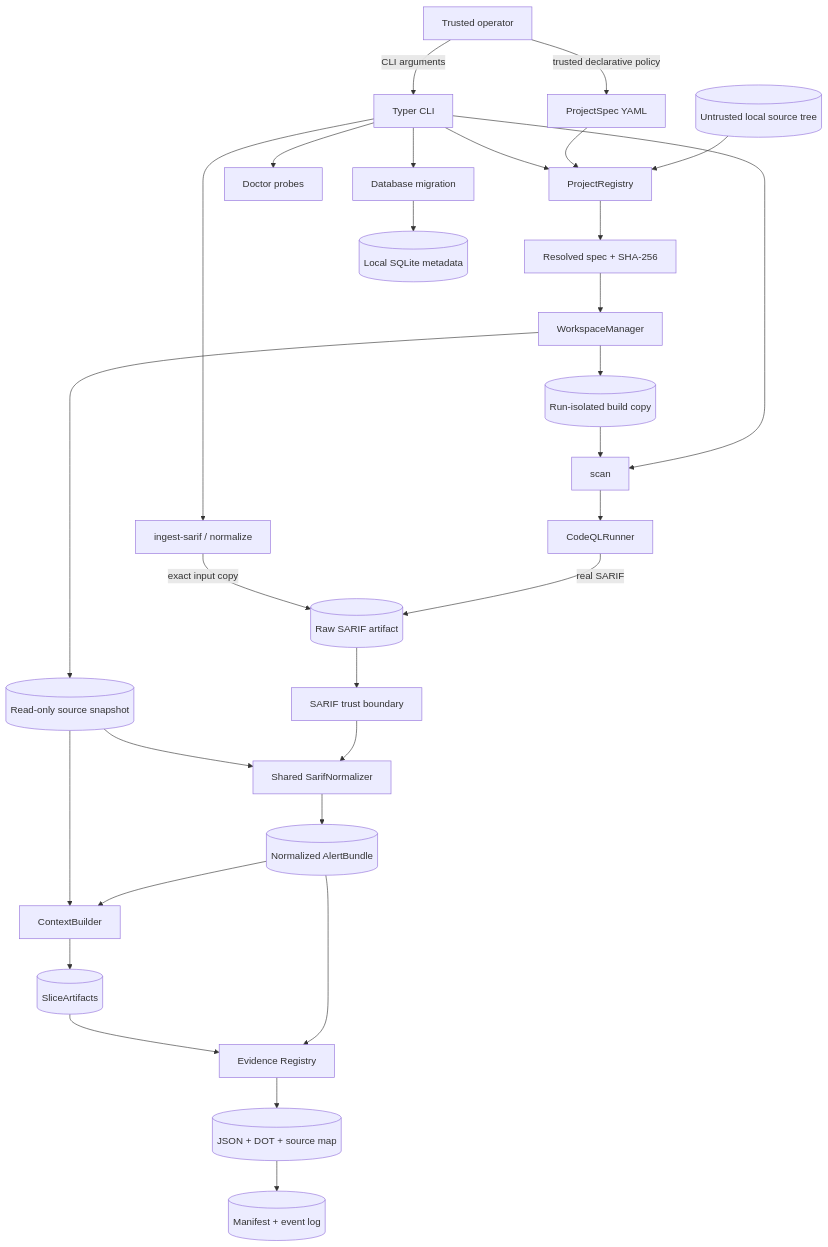
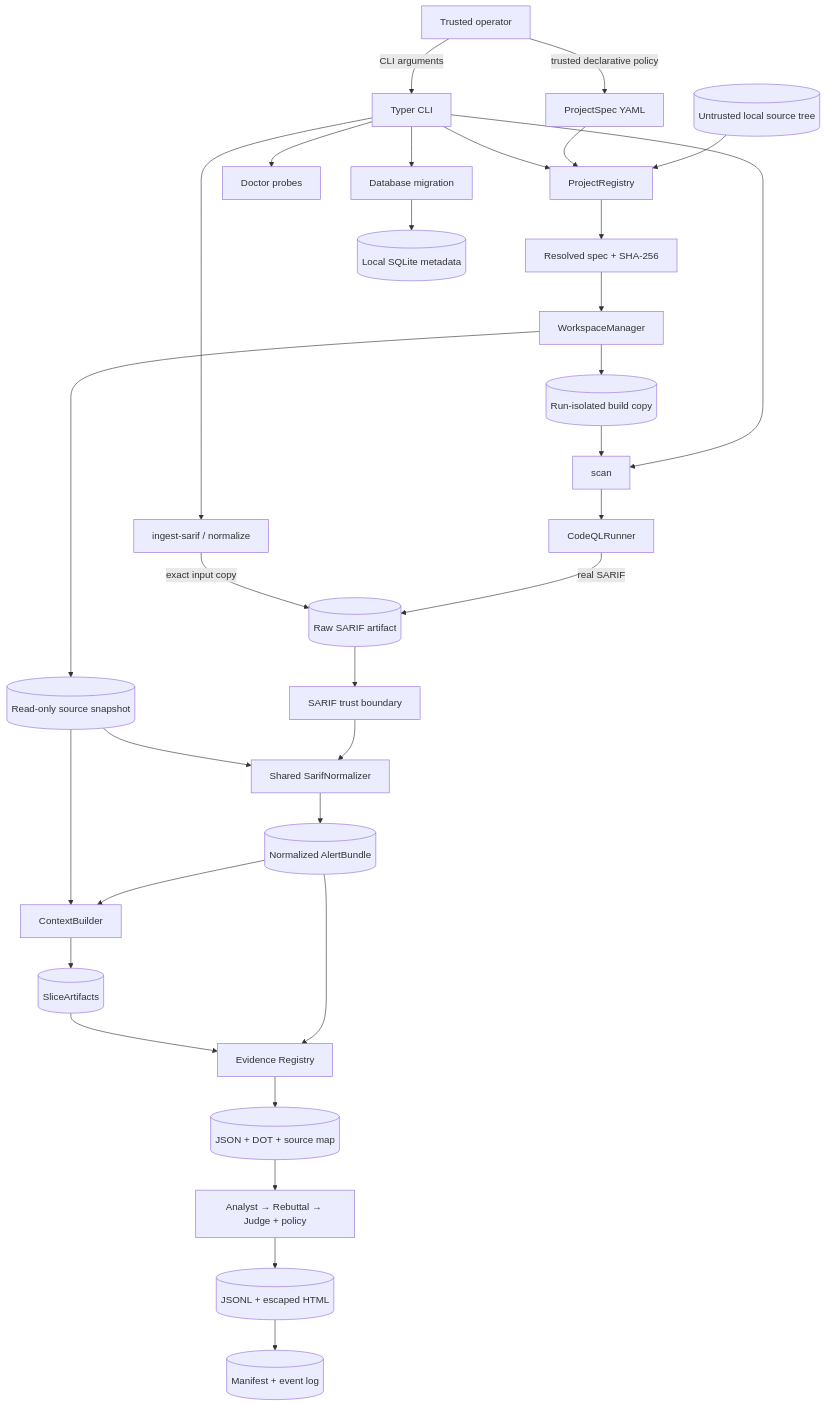
The diagram in docs/architecture.md (SeverusNg/EviTriage-QL), drawn with Mermaid before and after one commit. The commit also changed other lines of this file and 59 other files, not shown here.

````diff
--- a/docs/architecture.md
+++ b/docs/architecture.md
@@ -39,34 +46,36 @@
 ```mermaid
 flowchart TB
     O[Trusted operator] -->|CLI arguments| CLI[Typer CLI]
     O -->|trusted declarative policy| CFG[ProjectSpec YAML]
     SRC[(Untrusted local source tree)] --> REG[ProjectRegistry]
     CFG --> REG
     CLI --> REG
     REG --> RES[Resolved spec + SHA-256]
     RES --> WM[WorkspaceManager]
     WM --> SNAP[(Read-only source snapshot)]
     WM --> COPY[(Run-isolated build copy)]
 
     CLI --> ING[ingest-sarif / normalize]
     CLI --> SCAN[scan]
     COPY --> SCAN
     SCAN --> RUN[CodeQLRunner]
     RUN -->|real SARIF| RAW[(Raw SARIF artifact)]
     ING -->|exact input copy| RAW
     RAW --> PARSE[SARIF trust boundary]
     PARSE --> NORM[Shared SarifNormalizer]
     SNAP --> NORM
     NORM --> ALERT[(Normalized AlertBundle)]
     ALERT --> CTX[ContextBuilder]
     SNAP --> CTX
     CTX --> SLICE[(SliceArtifacts)]
     ALERT --> EVID[Evidence Registry]
     SLICE --> EVID
     EVID --> GRAPH[(JSON + DOT + source map)]
-    GRAPH --> AUDIT[(Manifest + event log)]
+    GRAPH --> TRIAGE[Analyst → Rebuttal → Judge + policy]
+    TRIAGE --> REPORT[(JSONL + escaped HTML)]
+    REPORT --> AUDIT[(Manifest + event log)]
 
     CLI --> DOC[Doctor probes]
     CLI --> DBM[Database migration]
     DBM --> DB[(Local SQLite metadata)]
 ```
````
